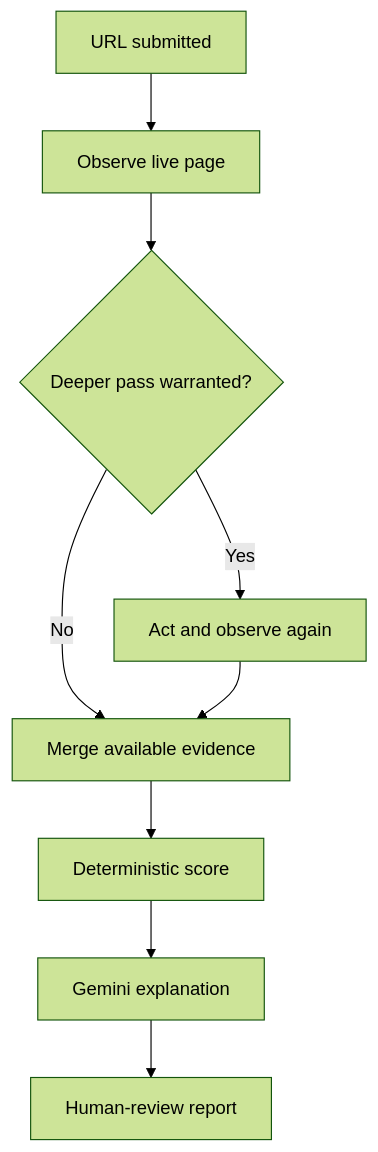
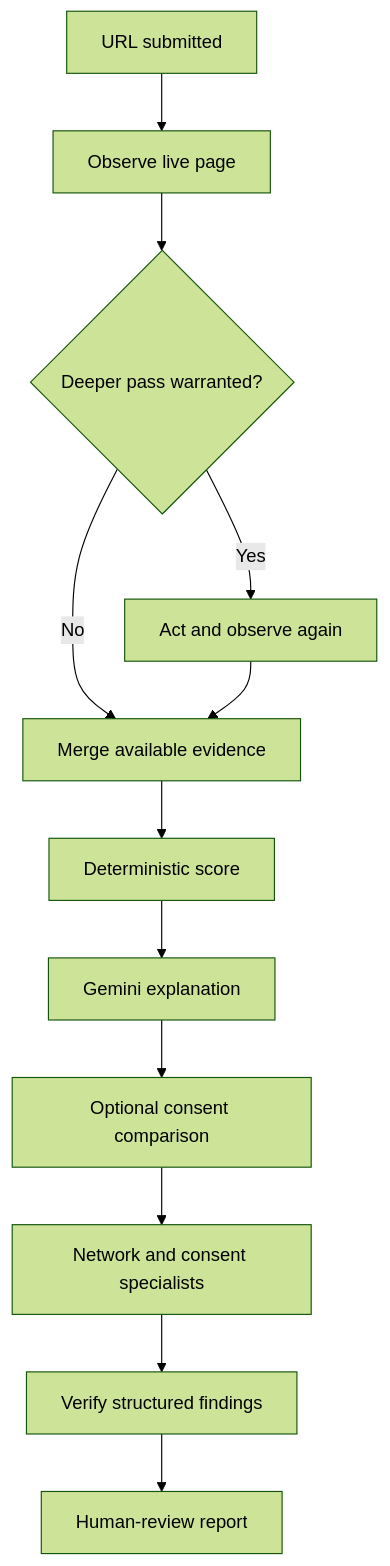
One commit to 6289subhasree/prism-agent changed the first of 2 diagrams in README.md. Above: the diagram before and after it, drawn with Mermaid (forest theme). The commit also changed other lines of this file and 8 other files, not shown here.

Commit message:
Integrate verified specialist findings into workflow progress and report evidence details

````diff
--- a/README.md
+++ b/README.md
@@ -41,11 +41,14 @@
 ```mermaid
 flowchart TD
     A["URL submitted"] --> B["Observe live page"]
     B --> C{"Deeper pass warranted?"}
     C -- Yes --> D["Act and observe again"]
     C -- No --> E["Merge available evidence"]
     D --> E
     E --> F["Deterministic score"]
     F --> G["Gemini explanation"]
-    G --> H["Human-review report"]
+    G --> I["Optional consent comparison"]
+    I --> J["Network and consent specialists"]
+    J --> K["Verify structured findings"]
+    K --> H["Human-review report"]
 ```
````
